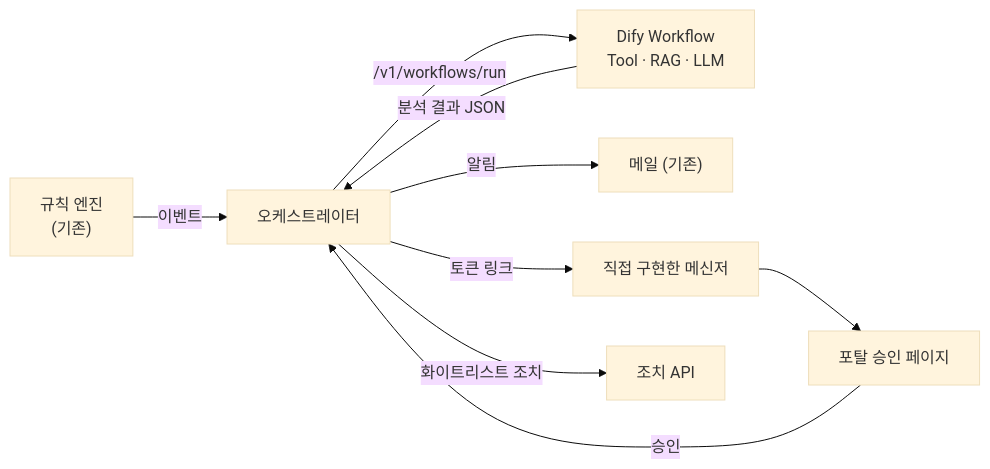
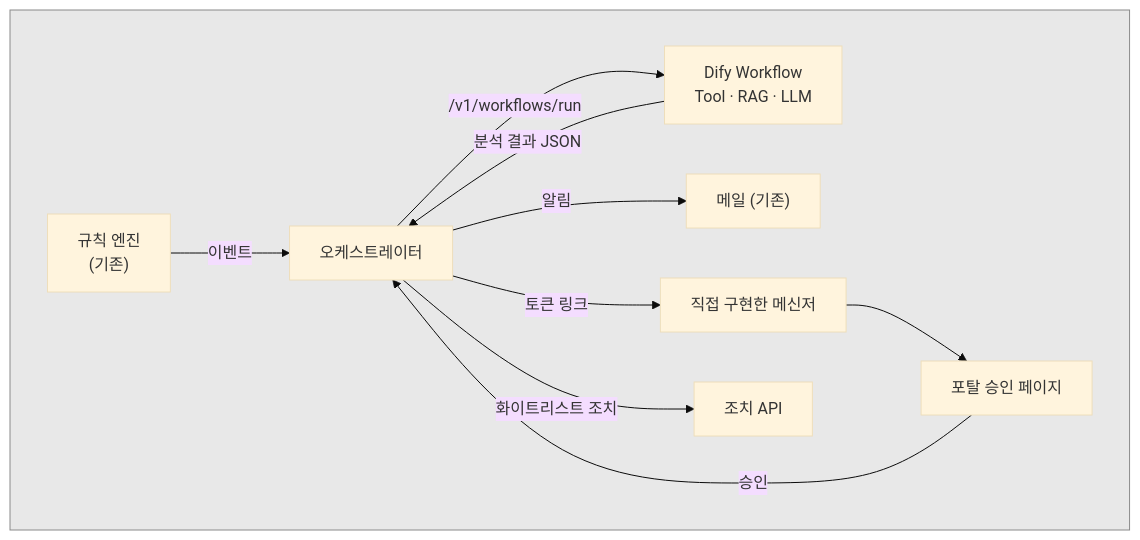
The diagram in docs/README.md (kongrtan/zt9k39pm2e), drawn with Mermaid (base theme) before and after one commit. The commit also changed 3 other files, not shown here.

````diff
--- a/docs/README.md
+++ b/docs/README.md
@@ -28,11 +28,15 @@
 ```mermaid
 flowchart LR
-    RULE["규칙 엔진<br/>(기존)"] -- 이벤트 --> ORCH["오케스트레이터"]
-    ORCH -- "/v1/workflows/run" --> DIFY["Dify Workflow<br/>Tool · RAG · LLM"]
-    DIFY -- "분석 결과 JSON" --> ORCH
-    ORCH -- 알림 --> MAIL["메일 (기존)"]
-    ORCH -- "토큰 링크" --> MSG["직접 구현한 메신저"]
-    MSG --> PORTAL["포탈 승인 페이지"]
-    PORTAL -- 승인 --> ORCH
-    ORCH -- "화이트리스트 조치" --> ACT["조치 API"]
+    subgraph BG[" "]
+        direction LR
+        RULE["규칙 엔진<br/>(기존)"] -- 이벤트 --> ORCH["오케스트레이터"]
+        ORCH -- "/v1/workflows/run" --> DIFY["Dify Workflow<br/>Tool · RAG · LLM"]
+        DIFY -- "분석 결과 JSON" --> ORCH
+        ORCH -- 알림 --> MAIL["메일 (기존)"]
+        ORCH -- "토큰 링크" --> MSG["직접 구현한 메신저"]
+        MSG --> PORTAL["포탈 승인 페이지"]
+        PORTAL -- 승인 --> ORCH
+        ORCH -- "화이트리스트 조치" --> ACT["조치 API"]
+    end
+    style BG fill:#8080802e,stroke:#8a8a8a
 ```
````
